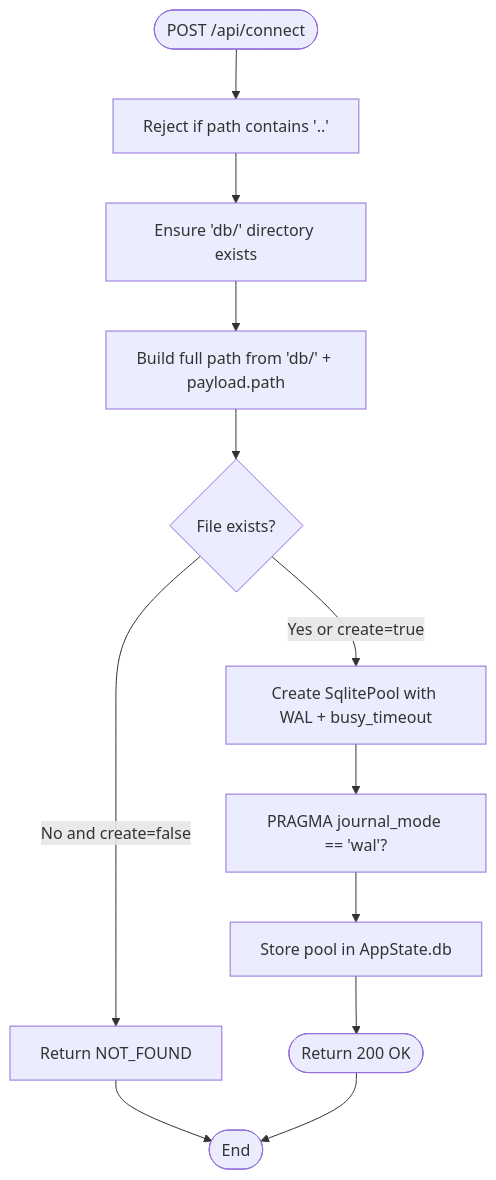
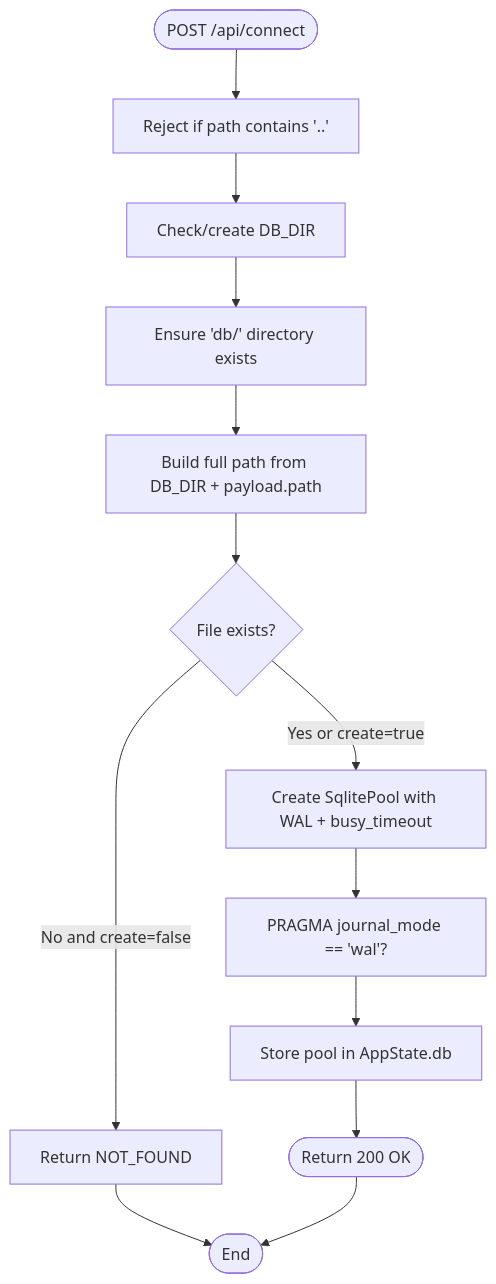
The third of 8 diagrams in .qoder/repowiki/en/content/Backend Development/Database Layer & Connection Management.md (sutanto1010/crablite), drawn with Mermaid before and after one commit. The commit also changed other lines of this file and 47 other files, not shown here.

````diff
--- a/.qoder/repowiki/en/content/Backend Development/Database Layer & Connection Management.md
+++ b/.qoder/repowiki/en/content/Backend Development/Database Layer & Connection Management.md
@@ -127,14 +139,15 @@
 ```mermaid
 flowchart TD
 Start(["POST /api/connect"]) --> CheckPath["Reject if path contains '..'"]
-CheckPath --> EnsureDir["Ensure 'db/' directory exists"]
-EnsureDir --> BuildPath["Build full path from 'db/' + payload.path"]
+CheckPath --> CheckDBDir["Check/create DB_DIR"]
+CheckDBDir --> EnsureDir["Ensure 'db/' directory exists"]
+EnsureDir --> BuildPath["Build full path from DB_DIR + payload.path"]
 BuildPath --> ExistsCheck{"File exists?"}
 ExistsCheck --> |No and create=false| NotFound["Return NOT_FOUND"]
 ExistsCheck --> |Yes or create=true| CreatePool["Create SqlitePool with WAL + busy_timeout"]
 CreatePool --> VerifyWAL["PRAGMA journal_mode == 'wal'?"]
 VerifyWAL --> StorePool["Store pool in AppState.db"]
 StorePool --> Done(["Return 200 OK"])
 NotFound --> End(["End"])
 Done --> End
 ```
````
